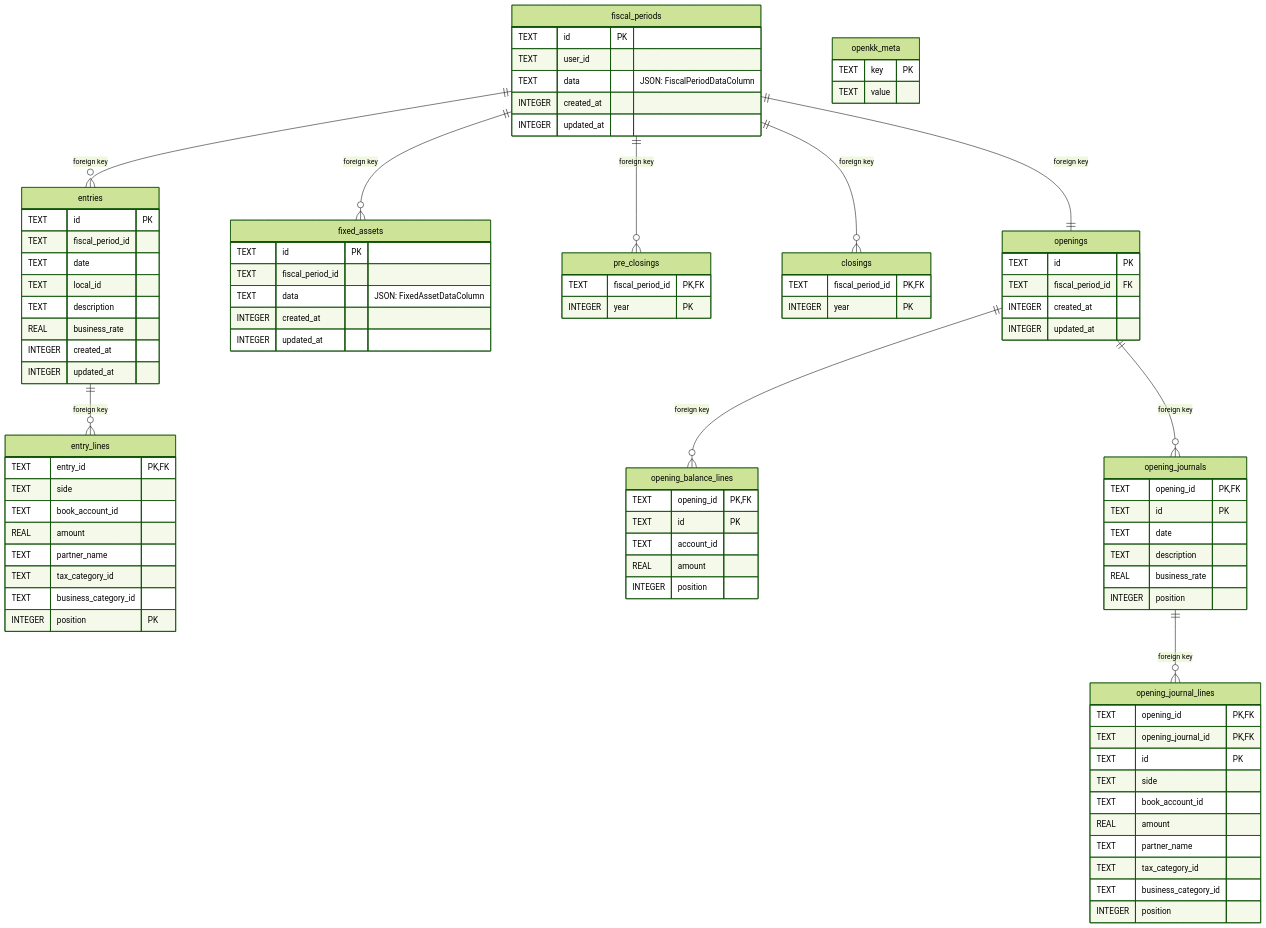
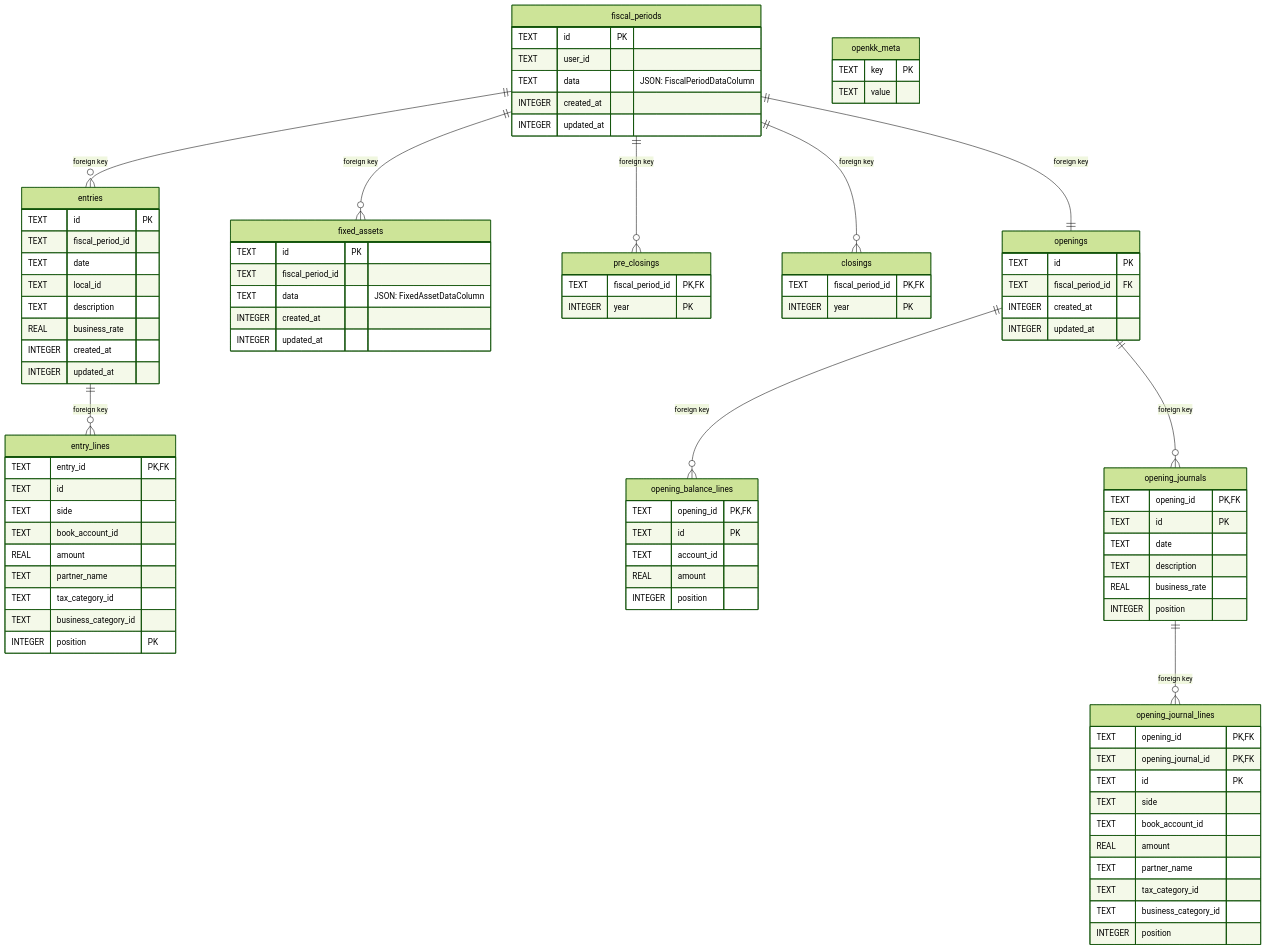
Before and after one commit to rubydogjp/openkk: the diagram in docs/database-schema.md, drawn with Mermaid (forest theme). The commit also changed 26 other files, not shown here.

```diff
--- a/docs/database-schema.md
+++ b/docs/database-schema.md
@@ -70,6 +70,7 @@
   }
   entry_lines {
     TEXT entry_id PK,FK
+    TEXT id
     TEXT side
     TEXT book_account_id
     REAL amount
```
